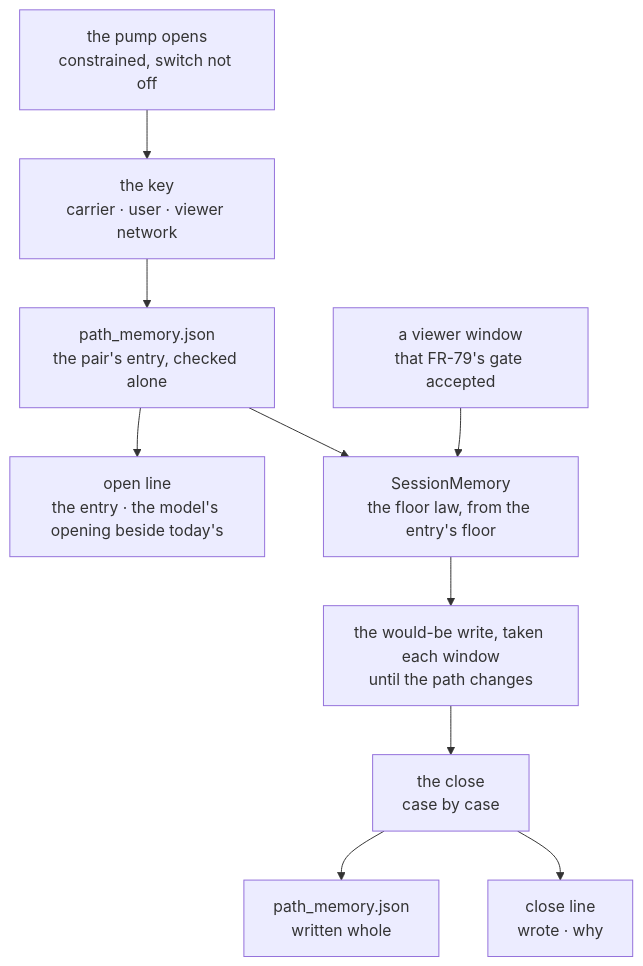
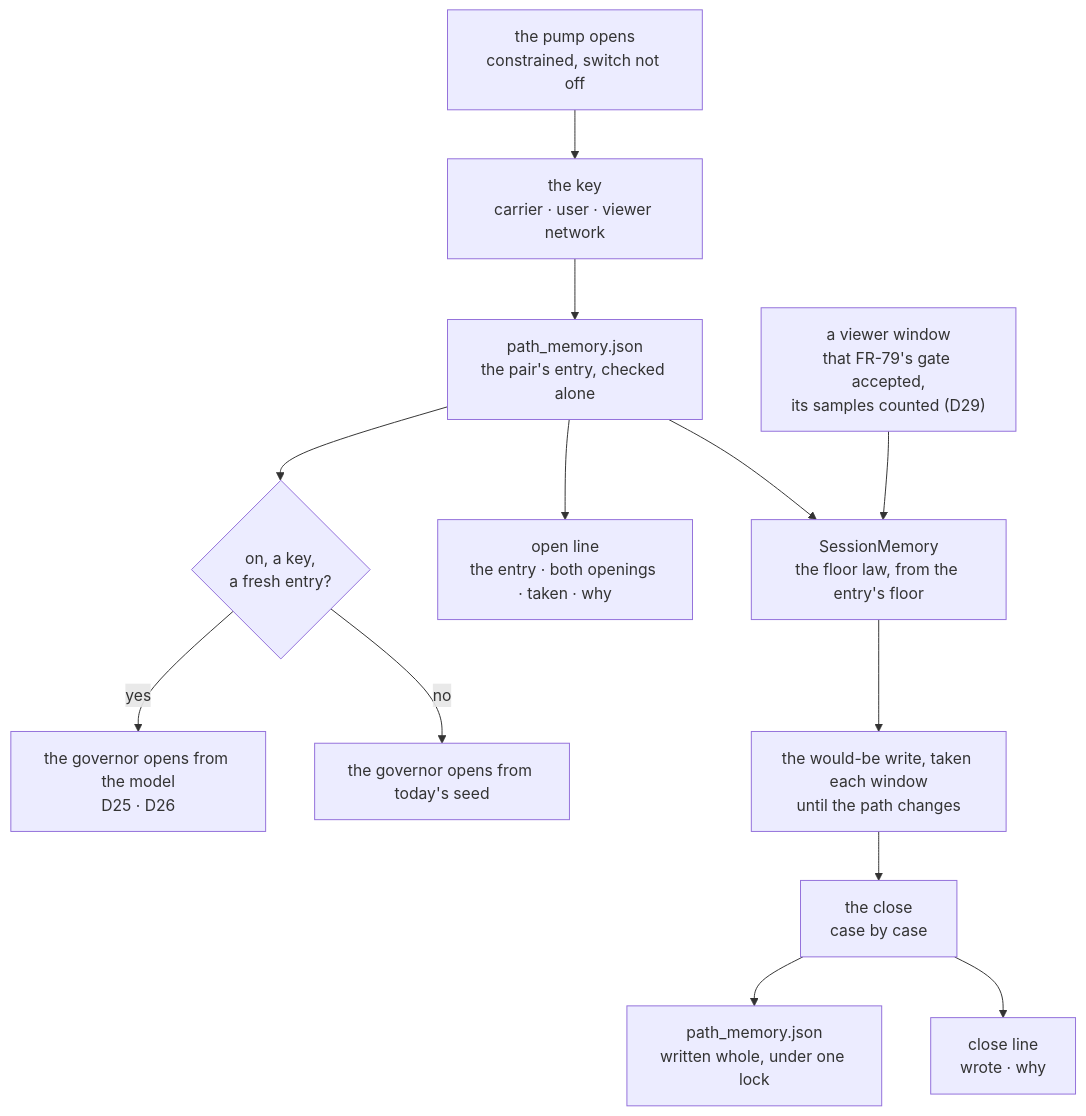
Diagram 13 of 14 in docs/rate-control.md (gjovanov/roomler-ai), drawn with Mermaid before and after one commit. The commit also changed other lines of this file and 27 other files, not shown here.

````diff
--- a/docs/rate-control.md
+++ b/docs/rate-control.md
@@ -1749,12 +1758,15 @@
 ```mermaid
 flowchart TD
   O["the pump opens<br/>constrained, switch not off"] --> K["the key<br/>carrier · user · viewer network"]
   K --> E["path_memory.json<br/>the pair's entry, checked alone"]
-  E --> OL["open line<br/>the entry · the model's opening beside today's"]
+  E --> D{"on, a key,<br/>a fresh entry?"}
+  D -- yes --> GM["the governor opens from the model<br/>D25 · D26"]
+  D -- no --> GT["the governor opens from today's seed"]
+  E --> OL["open line<br/>the entry · both openings · taken · why"]
   E --> S["SessionMemory<br/>the floor law, from the entry's floor"]
-  W["a viewer window<br/>that FR-79's gate accepted"] --> S
+  W["a viewer window<br/>that FR-79's gate accepted,<br/>its samples counted (D29)"] --> S
   S --> T["the would-be write, taken each window<br/>until the path changes"]
   T --> C["the close<br/>case by case"]
-  C --> F["path_memory.json<br/>written whole"]
+  C --> F["path_memory.json<br/>written whole, under one lock"]
   C --> CL["close line<br/>wrote · why"]
 ```
````
